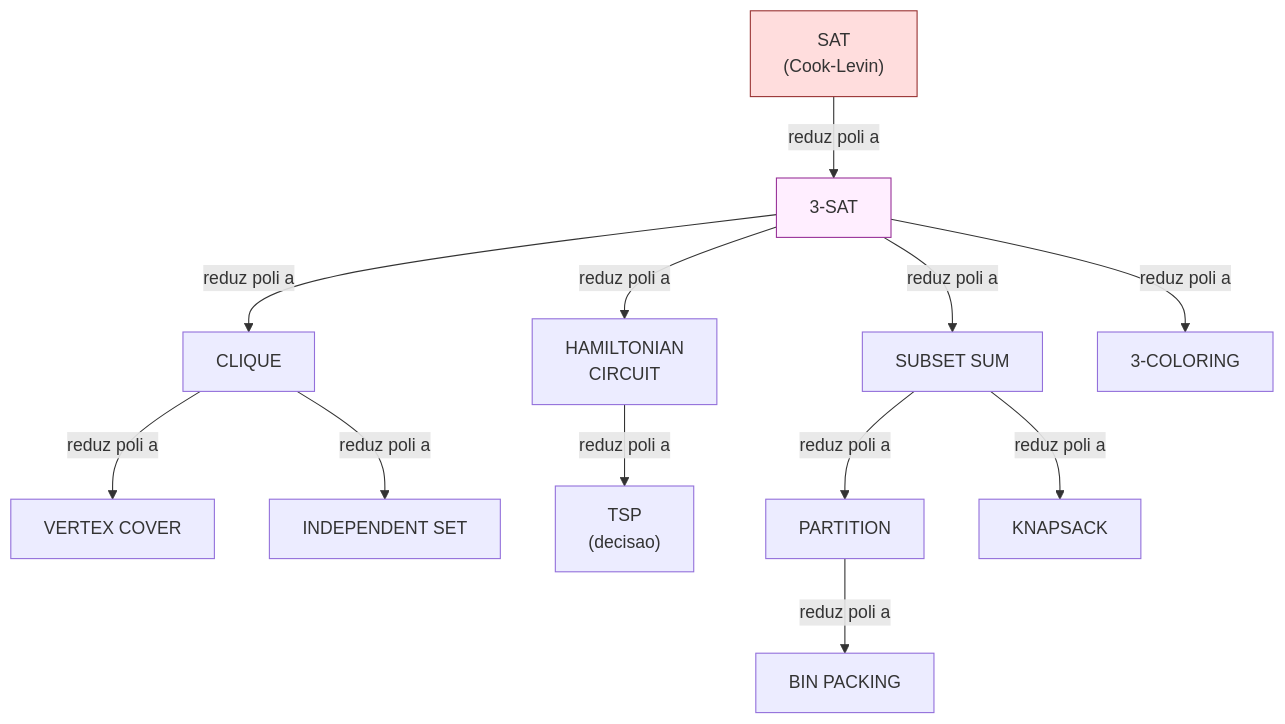
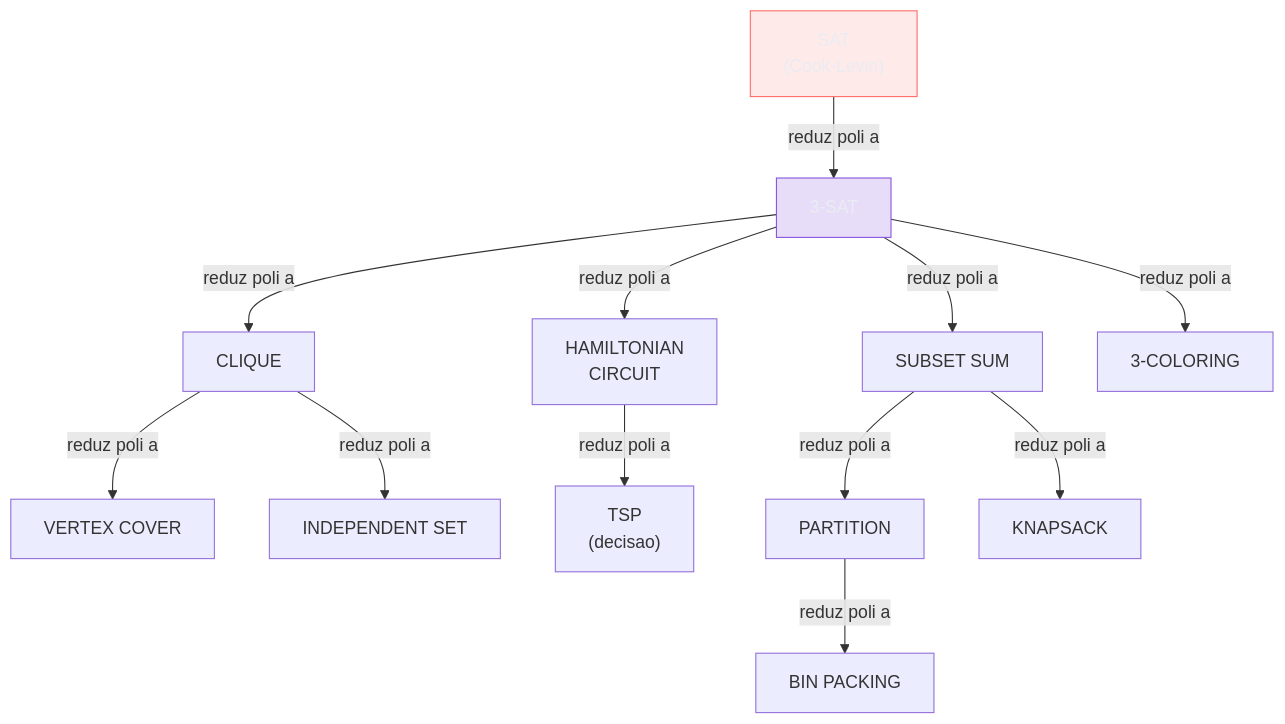
Before and after one commit to josenaldo/codex-technomanticus: the third of 4 diagrams in 03-Dominios/Ciência/Teoria da Computação/15 - NP-completude - Cook-Levin e a cadeia de Karp.md, drawn with Mermaid. The commit also changed other lines of this file and 1181 other files, not shown here.

First line of the commit message:
fix(diagramas): paleta do sistema no lugar de cor cravada no markdown

````diff
--- a/03-Dominios/Ciência/Teoria da Computação/15 - NP-completude - Cook-Levin e a cadeia de Karp.md
+++ b/03-Dominios/Ciência/Teoria da Computação/15 - NP-completude - Cook-Levin e a cadeia de Karp.md
@@ -170,30 +173,32 @@
 ```mermaid
 flowchart TB
+    classDef falha fill:#FF6B6B24,stroke:#FF6B6B,color:#E9ECF2
+    classDef marca fill:#8855DF33,stroke:#8855DF,color:#E9ECF2
     SAT["SAT<br/>(Cook-Levin)"]
     SAT3["3-SAT"]
     CLIQUE["CLIQUE"]
     VC["VERTEX COVER"]
     HC["HAMILTONIAN<br/>CIRCUIT"]
     SS["SUBSET SUM"]
     IS["INDEPENDENT SET"]
     PART["PARTITION"]
     COL["3-COLORING"]
     TSP["TSP<br/>(decisao)"]
     BIN["BIN PACKING"]
     KNAP["KNAPSACK"]
 
     SAT -->|"reduz poli a"| SAT3
     SAT3 -->|"reduz poli a"| CLIQUE
     SAT3 -->|"reduz poli a"| HC
     SAT3 -->|"reduz poli a"| SS
     SAT3 -->|"reduz poli a"| COL
     CLIQUE -->|"reduz poli a"| VC
     CLIQUE -->|"reduz poli a"| IS
     SS -->|"reduz poli a"| PART
     SS -->|"reduz poli a"| KNAP
     PART -->|"reduz poli a"| BIN
     HC -->|"reduz poli a"| TSP
 
-    style SAT fill:#fdd,stroke:#933
-    style SAT3 fill:#fef,stroke:#939
+    class SAT falha
+    class SAT3 marca
 ```
````
